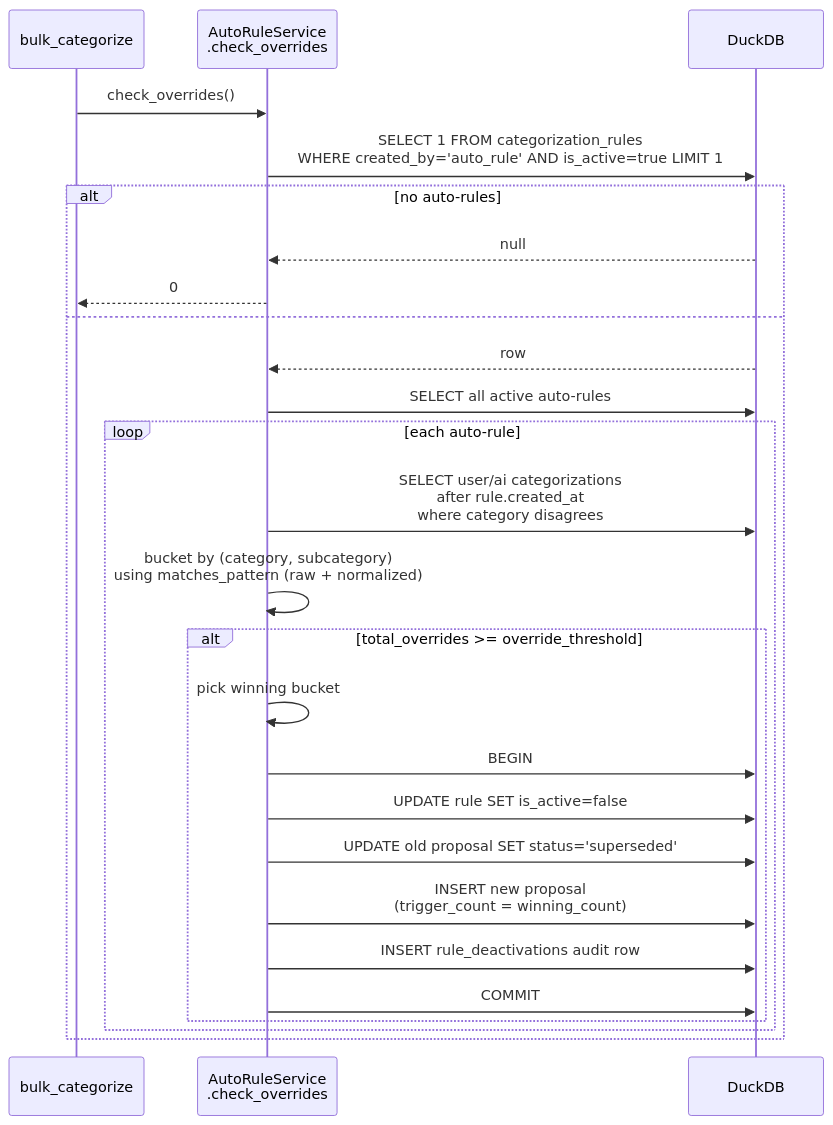
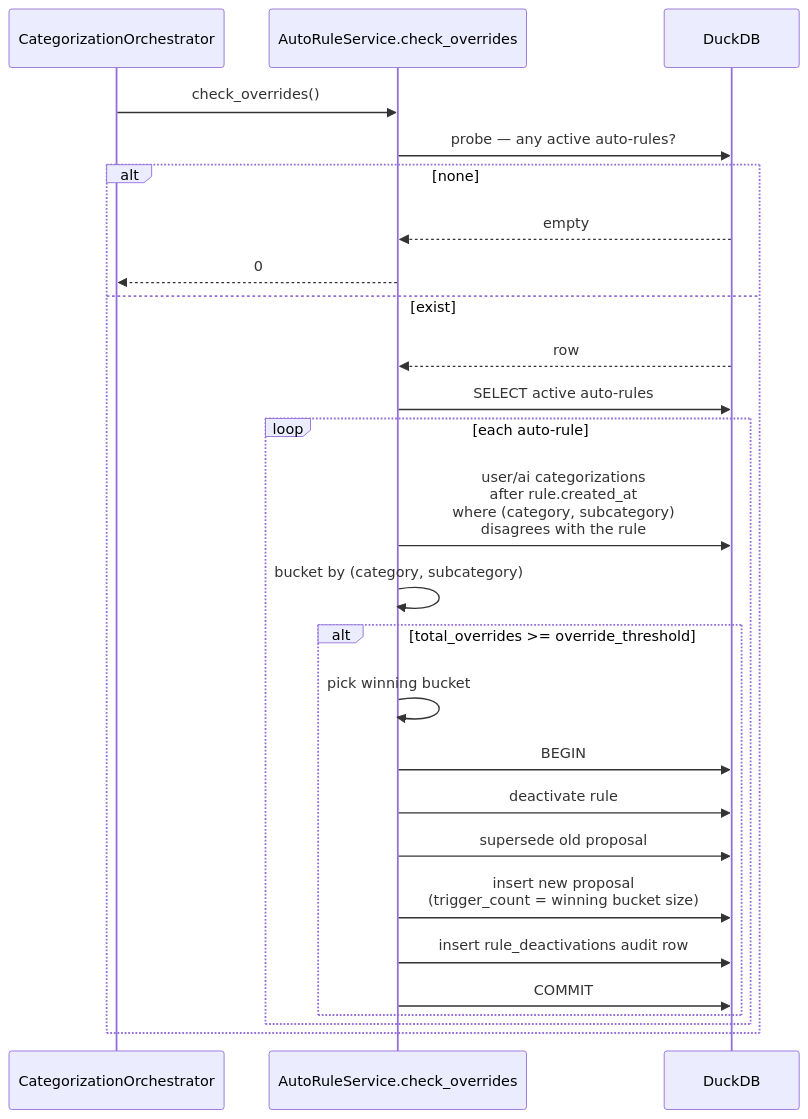
Before and after one commit to bsaffel/moneybin: the fourth of 4 diagrams in docs/tech/auto-rule-pipeline.md, drawn with Mermaid. The commit also changed other lines of this file and 33 other files, not shown here.

````diff
--- a/docs/tech/auto-rule-pipeline.md
+++ b/docs/tech/auto-rule-pipeline.md
@@ -160,29 +190,29 @@
 ```mermaid
 sequenceDiagram
-    participant C as bulk_categorize
-    participant A as AutoRuleService<br/>.check_overrides
+    participant Orch as CategorizationOrchestrator
+    participant Auto as AutoRuleService.check_overrides
     participant DB as DuckDB
 
-    C->>A: check_overrides()
-    A->>DB: SELECT 1 FROM categorization_rules<br/>WHERE created_by='auto_rule' AND is_active=true LIMIT 1
-    alt no auto-rules
-        DB-->>A: null
-        A-->>C: 0
-    else
-        DB-->>A: row
-        A->>DB: SELECT all active auto-rules
+    Orch->>Auto: check_overrides()
+    Auto->>DB: probe — any active auto-rules?
+    alt none
+        DB-->>Auto: empty
+        Auto-->>Orch: 0
+    else exist
+        DB-->>Auto: row
+        Auto->>DB: SELECT active auto-rules
         loop each auto-rule
-            A->>DB: SELECT user/ai categorizations<br/>after rule.created_at<br/>where category disagrees
-            A->>A: bucket by (category, subcategory)<br/>using matches_pattern (raw + normalized)
+            Auto->>DB: user/ai categorizations<br/>after rule.created_at<br/>where (category, subcategory)<br/>disagrees with the rule
+            Auto->>Auto: bucket by (category, subcategory)
             alt total_overrides >= override_threshold
-                A->>A: pick winning bucket
-                A->>DB: BEGIN
-                A->>DB: UPDATE rule SET is_active=false
-                A->>DB: UPDATE old proposal SET status='superseded'
-                A->>DB: INSERT new proposal<br/>(trigger_count = winning_count)
-                A->>DB: INSERT rule_deactivations audit row
-                A->>DB: COMMIT
+                Auto->>Auto: pick winning bucket
+                Auto->>DB: BEGIN
+                Auto->>DB: deactivate rule
+                Auto->>DB: supersede old proposal
+                Auto->>DB: insert new proposal<br/>(trigger_count = winning bucket size)
+                Auto->>DB: insert rule_deactivations audit row
+                Auto->>DB: COMMIT
             end
         end
     end
 ```
````
